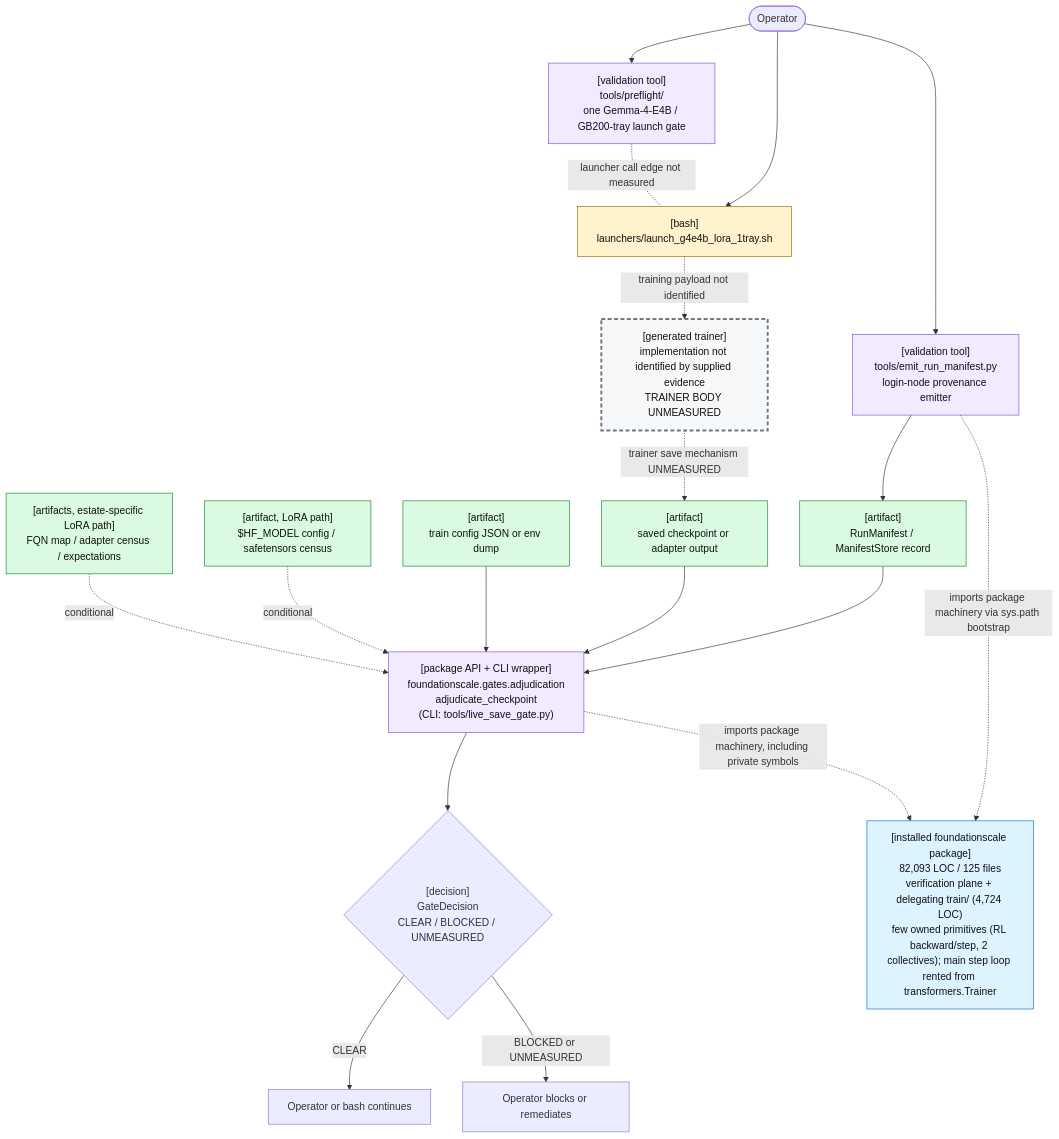
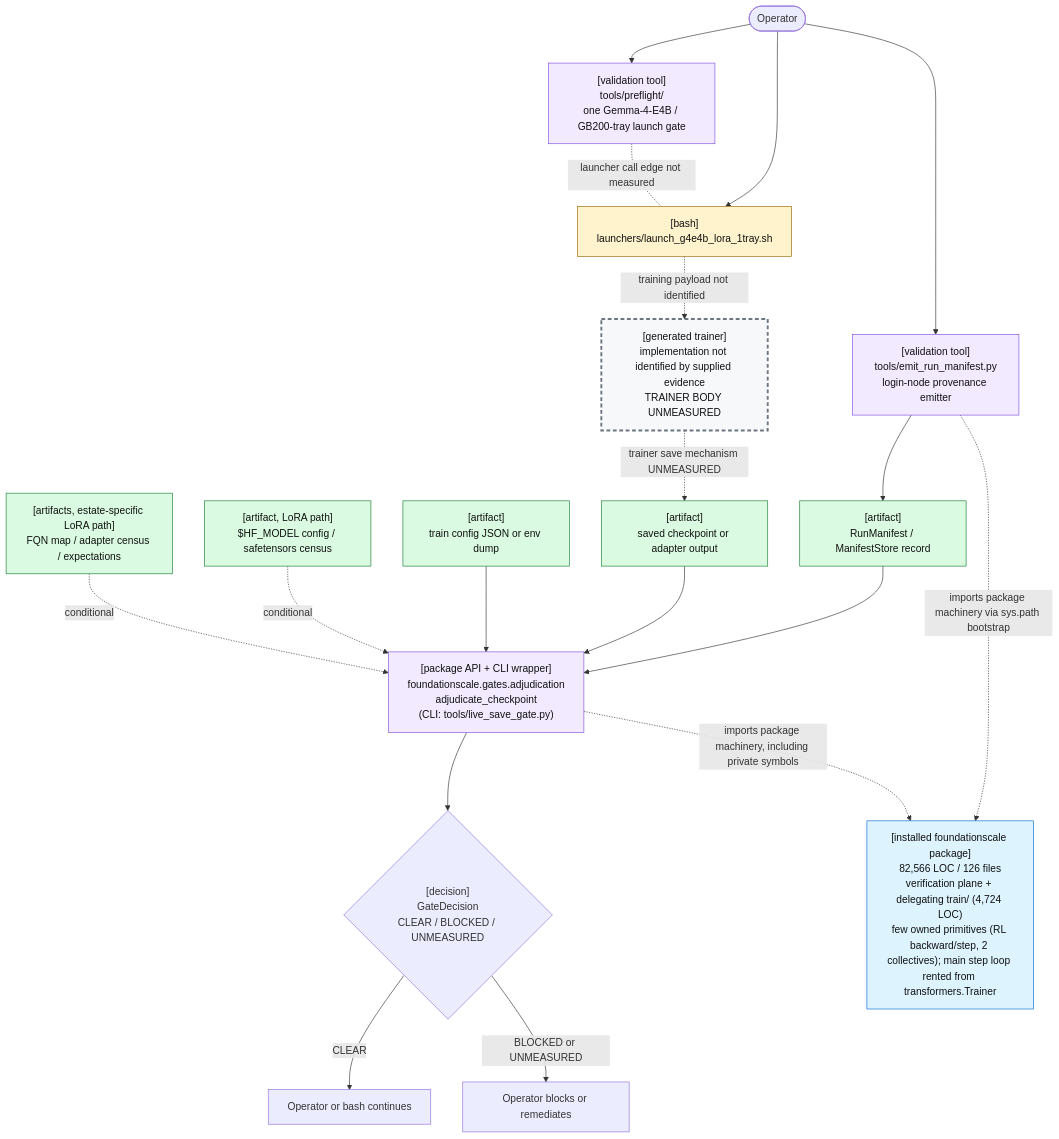
The first of 2 diagrams in docs/review/D2_current_architecture.md (TranNhiem/FoundationScale), drawn with Mermaid before and after one commit. The commit also changed other lines of this file and 19 other files, not shown here.

````diff
--- a/docs/review/D2_current_architecture.md
+++ b/docs/review/D2_current_architecture.md
@@ -25,59 +25,59 @@
 ```mermaid
 flowchart TB
   O(["Operator"])
 
   PF["[validation tool]<br/>tools/preflight/<br/>one Gemma-4-E4B / GB200-tray launch gate"]
   L["[bash]<br/>launchers/launch_g4e4b_lora_1tray.sh"]
 
   E["[validation tool]<br/>tools/emit_run_manifest.py<br/>login-node provenance emitter"]
   M["[artifact]<br/>RunManifest / ManifestStore record"]
 
   T["[generated trainer]<br/>implementation not identified by supplied evidence<br/>TRAINER BODY UNMEASURED"]
   C["[artifact]<br/>saved checkpoint or adapter output"]
 
   G["[package API + CLI wrapper]<br/>foundationscale.gates.adjudication<br/>adjudicate_checkpoint<br/>(CLI: tools/live_save_gate.py)"]
   CFG["[artifact]<br/>train config JSON or env dump"]
   BASE["[artifact, LoRA path]<br/>$HF_MODEL config / safetensors census"]
   CEN["[artifacts, estate-specific LoRA path]<br/>FQN map / adapter census / expectations"]
 
   D{"[decision]<br/>GateDecision<br/>CLEAR / BLOCKED / UNMEASURED"}
   OK["Operator or bash continues"]
   NO["Operator blocks or remediates"]
 
-  PKG["[installed foundationscale package]<br/>82,093 LOC / 125 files<br/>verification plane + delegating train/ (4,724 LOC)<br/>few owned primitives (RL backward/step, 2 collectives); main step loop rented from transformers.Trainer"]
+  PKG["[installed foundationscale package]<br/>82,566 LOC / 126 files<br/>verification plane + delegating train/ (4,724 LOC)<br/>few owned primitives (RL backward/step, 2 collectives); main step loop rented from transformers.Trainer"]
 
   O --> PF
   O --> L
   PF -. "launcher call edge not measured" .- L
 
   O --> E
   E --> M
 
   L -. "training payload not identified" .-> T
   T -. "trainer save mechanism UNMEASURED" .-> C
 
   M --> G
   C --> G
   CFG --> G
   BASE -. "conditional" .-> G
   CEN -. "conditional" .-> G
 
   E -. "imports package machinery via sys.path bootstrap" .-> PKG
   G -. "imports package machinery, including private symbols" .-> PKG
 
   G --> D
   D -->|"CLEAR"| OK
   D -->|"BLOCKED or UNMEASURED"| NO
 
   classDef bash fill:#fff3cd,stroke:#9a6700,color:#111;
   classDef tool fill:#f2eaff,stroke:#8250df,color:#111;
   classDef artifact fill:#dafbe1,stroke:#1a7f37,color:#111;
   classDef gap fill:#f6f8fa,stroke:#6e7781,stroke-width:3px,stroke-dasharray: 6 4,color:#111;
   classDef pkg fill:#ddf4ff,stroke:#0969da,color:#111;
 
   class L bash;
   class PF,E,G tool;
   class M,C,CFG,BASE,CEN artifact;
   class T gap;
   class PKG pkg;
 ```
````
